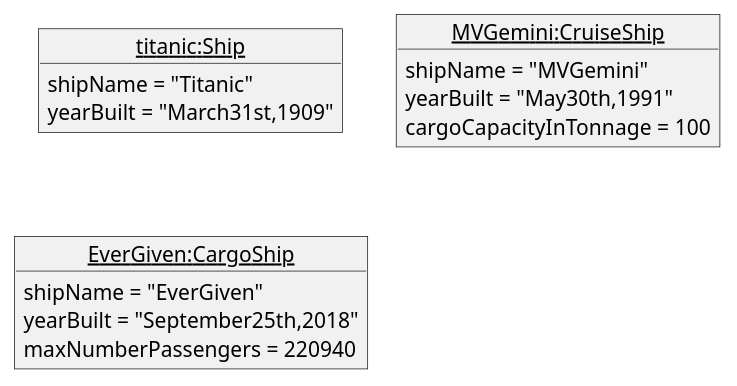
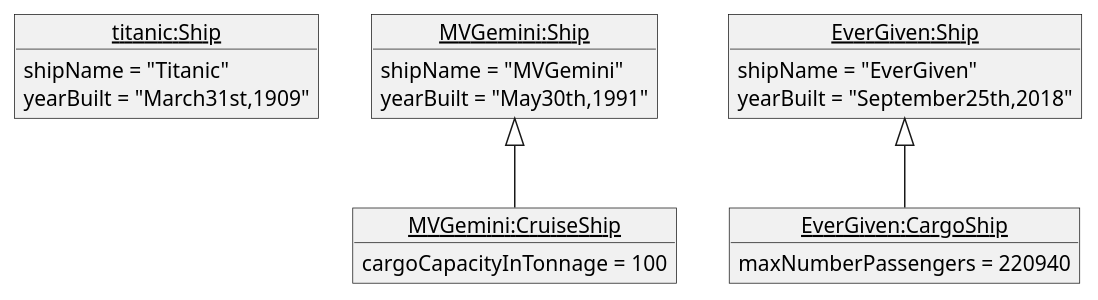
The diagram in HW3/src/ObjectDiagram/Part2.puml (BalloonAnd888/CS5800), drawn with PlantUML before and after one commit. The commit also changed 2 other files, not shown here.

```diff
--- a/HW3/src/ObjectDiagram/Part2.puml
+++ b/HW3/src/ObjectDiagram/Part2.puml
@@ -1,34 +1,31 @@
 @startuml
 'https://plantuml.com/object-diagram
 
+'after 3 ships have been dynamically created
 object "<u>titanic:Ship</u>" as ts {
     shipName = "Titanic"
     yearBuilt = "March31st,1909"
 }
 
-object "<u>MVGemini:CruiseShip</u>" as mc {
+object "<u>MVGemini:Ship</u>" as ms {
     shipName = "MVGemini"
     yearBuilt = "May30th,1991"
+}
+
+object "<u>MVGemini:CruiseShip</u>" as mc {
     cargoCapacityInTonnage = 100
 }
 
-object "<u>EverGiven:CargoShip</u>" as ec {
+object "<u>EverGiven:Ship</u>" as egs {
     shipName = "EverGiven"
     yearBuilt = "September25th,2018"
+}
+
+object "<u>EverGiven:CargoShip</u>" as egc {
     maxNumberPassengers = 220940
 }
 
+ms <|-- mc
+egs <|-- egc
 
-'object London
-'object Washington
-'object Berlin
-'object NewYork
-'
-'map CapitalCity {
-' UK *-> London
-' USA *--> Washington
-' Germany *---> Berlin
-'}
-'
-'NewYork --> CapitalCity::USA
 @enduml
```
